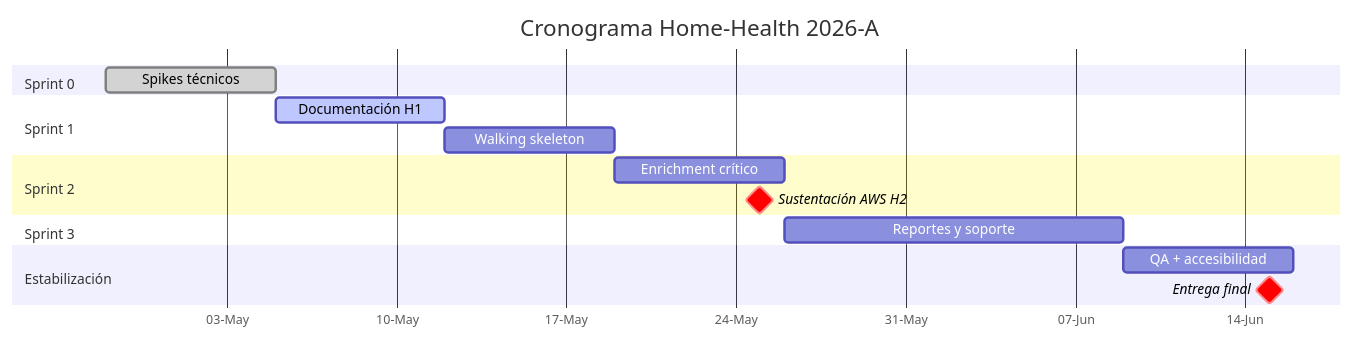
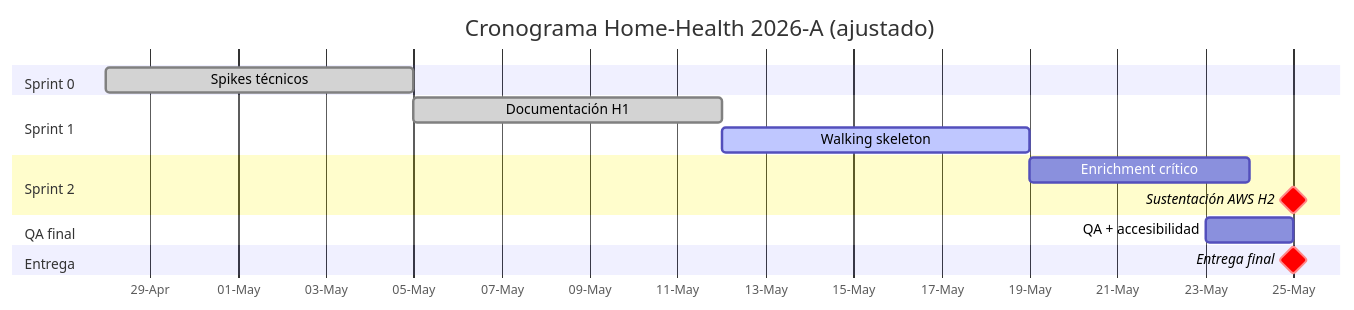
The diagram in docs/INFORME-PROYECTO-AULA.md (SEBBAS-5pg/Home-Health), drawn with Mermaid before and after one commit. The commit also changed other lines of this file and 11 other files, not shown here.

Commit message:
docs: update deployment architecture to AWS EC2

````diff
--- a/docs/INFORME-PROYECTO-AULA.md
+++ b/docs/INFORME-PROYECTO-AULA.md
@@ -263,24 +265,23 @@
 ```mermaid
 gantt
-    title Cronograma Home-Health 2026-A
+    title Cronograma Home-Health 2026-A (ajustado)
     dateFormat YYYY-MM-DD
     axisFormat %d-%b
 
     section Sprint 0
     Spikes técnicos       :done, s0, 2026-04-28, 7d
 
     section Sprint 1
-    Documentación H1      :active, doc1, 2026-05-05, 7d
-    Walking skeleton      :ws, after doc1, 7d
+    Documentación H1      :done, doc1, 2026-05-05, 7d
+    Walking skeleton      :active, ws, after doc1, 7d
 
     section Sprint 2
-    Enrichment crítico    :enr, 2026-05-19, 7d
+    Enrichment crítico    :enr, 2026-05-19, 5d
     Sustentación AWS H2   :crit, milestone, sus, 2026-05-25, 0d
 
-    section Sprint 3
-    Reportes y soporte    :rep, 2026-05-26, 14d
+    section QA final
+    QA + accesibilidad    :qa, 2026-05-23, 2d
 
-    section Estabilización
-    QA + accesibilidad    :qa, 2026-06-09, 7d
-    Entrega final         :crit, milestone, end, 2026-06-15, 0d
+    section Entrega
+    Entrega final         :crit, milestone, end, 2026-05-25, 0d
 ```
````
